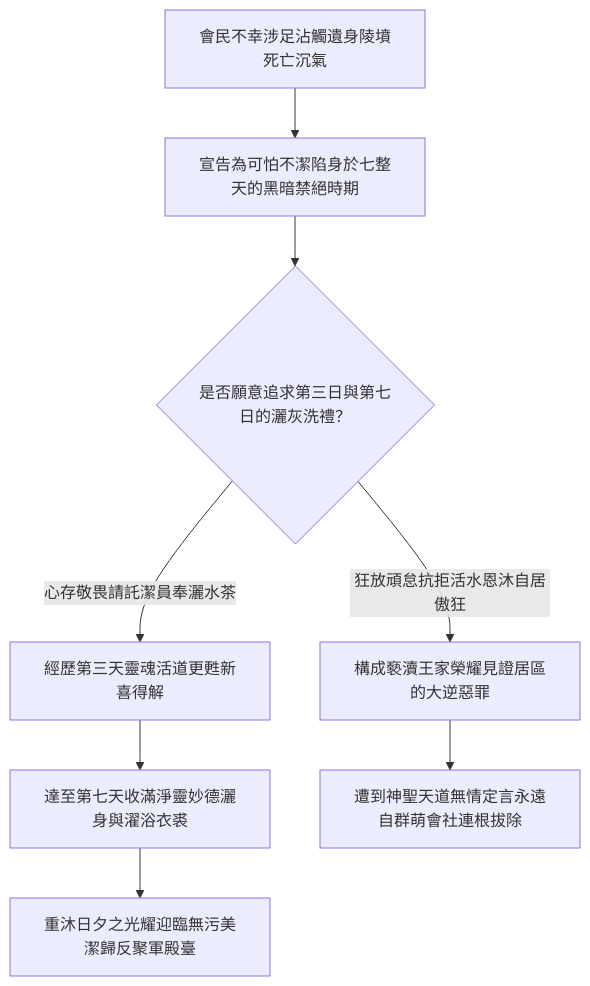
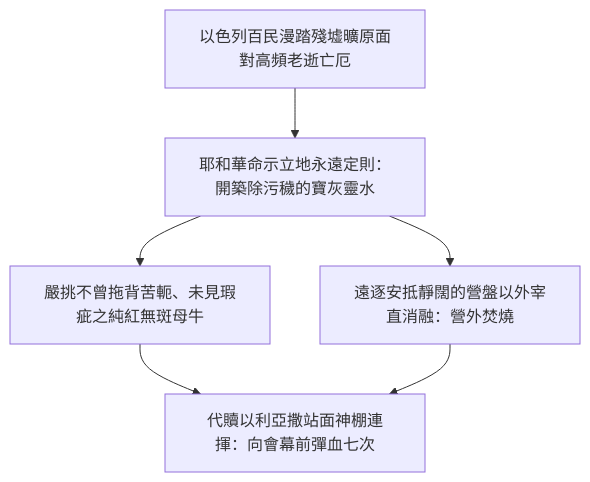
The first of 3 diagrams in 04 民數記/第19章.md (andyjr5566/Bible_wiki_zh), drawn with Mermaid before and after one commit. The commit also changed other lines of this file and 39 other files, not shown here.

````diff
--- a/04 民數記/第19章.md
+++ b/04 民數記/第19章.md
@@ -69,10 +61,7 @@
 ```mermaid
 flowchart TD
-  A["會民不幸涉足沾觸遺身陵墳死亡沉氣"] --> B["宣告為可怕不潔陷身於七整天的黑暗禁絕時期"]
-  B --> C{"是否願意追求第三日與第七日的灑灰洗禮？"}
-  C -->|"心存敬畏請託潔員奉灑水茶"| D["經歷第三天靈魂活道更甦新喜得解"]
-  D --> E["達至第七天收滿淨靈妙德灑身與濯浴衣裘"]
-  E --> F["重沐日夕之光耀迎臨無污美潔歸反聚軍殿臺"]
-  C -->|"狂放頑怠抗拒活水恩沐自居傲狂"| G["構成褻瀆王家榮耀見證居區的大逆惡罪"]
-  G --> H["遭到神聖天道無情定言永遠自群萌會社連根拔除"]
+    A["以色列百民漫踏殘墟曠原面對高頻老逝亡厄"] --> B["耶和華命示立地永遠定則：開築除污穢的寶灰靈水"]
+    B --> C["嚴挑不曾拖背苦軛、未見瑕疵之純紅無斑母牛"]
+    B --> D["遠逐安抵靜闊的營盤以外宰直消融：營外焚燒"]
+    C & D --> E["代贖以利亞撒站面神棚連揮：向會幕前彈血七次"]
 ```
````
